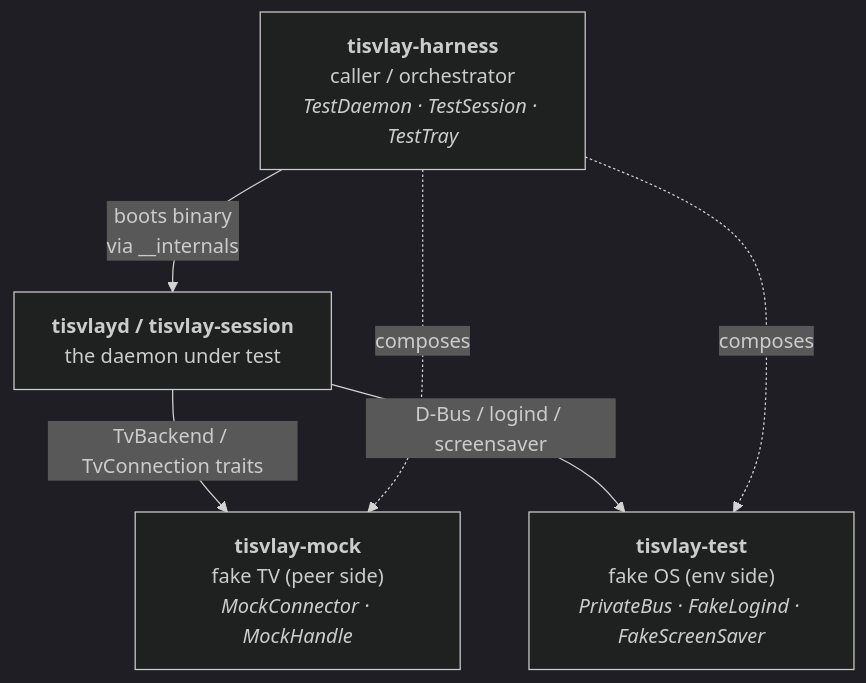
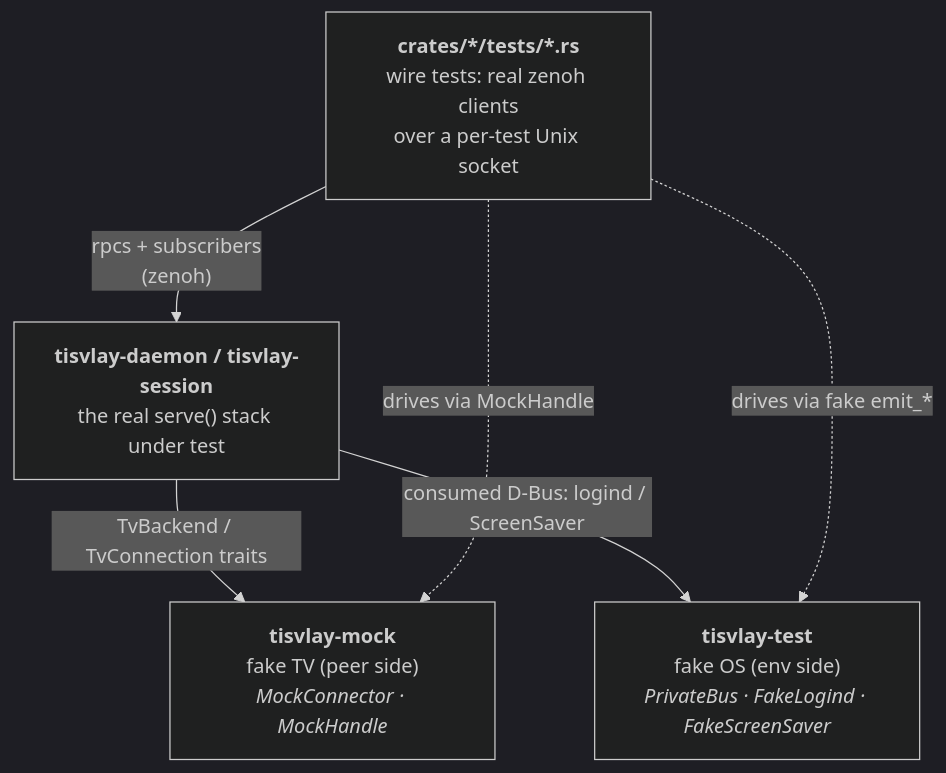
One commit to TisVlay/TisVlay changed the fourth of 5 diagrams in docs/testing.md. Above: the diagram before and after it, drawn with Mermaid (dark theme). The commit also changed other lines of this file and 42 other files, not shown here.

````diff
--- a/docs/testing.md
+++ b/docs/testing.md
@@ -271,13 +258,13 @@
 ```mermaid
 flowchart TD
-    H["<b>tisvlay-harness</b><br/>caller / orchestrator<br/><i>TestDaemon · TestSession · TestTray</i>"]
-    D["<b>tisvlayd / tisvlay-session</b><br/>the daemon under test"]
+    W["<b>crates/*/tests/*.rs</b><br/>wire tests: real zenoh clients<br/>over a per-test Unix socket"]
+    D["<b>tisvlay-daemon / tisvlay-session</b><br/>the real serve() stack under test"]
     M["<b>tisvlay-mock</b><br/>fake TV (peer side)<br/><i>MockConnector · MockHandle</i>"]
     T["<b>tisvlay-test</b><br/>fake OS (env side)<br/><i>PrivateBus · FakeLogind · FakeScreenSaver</i>"]
 
-    H -->|"boots binary<br/>via __internals"| D
+    W -->|"rpcs + subscribers<br/>(zenoh)"| D
     D -->|"TvBackend / TvConnection traits"| M
-    D -->|"D-Bus / logind / screensaver"| T
-    H -.->|"composes"| M
-    H -.->|"composes"| T
+    D -->|"consumed D-Bus: logind / ScreenSaver"| T
+    W -.->|"drives via MockHandle"| M
+    W -.->|"drives via fake emit_*"| T
 ```
````
